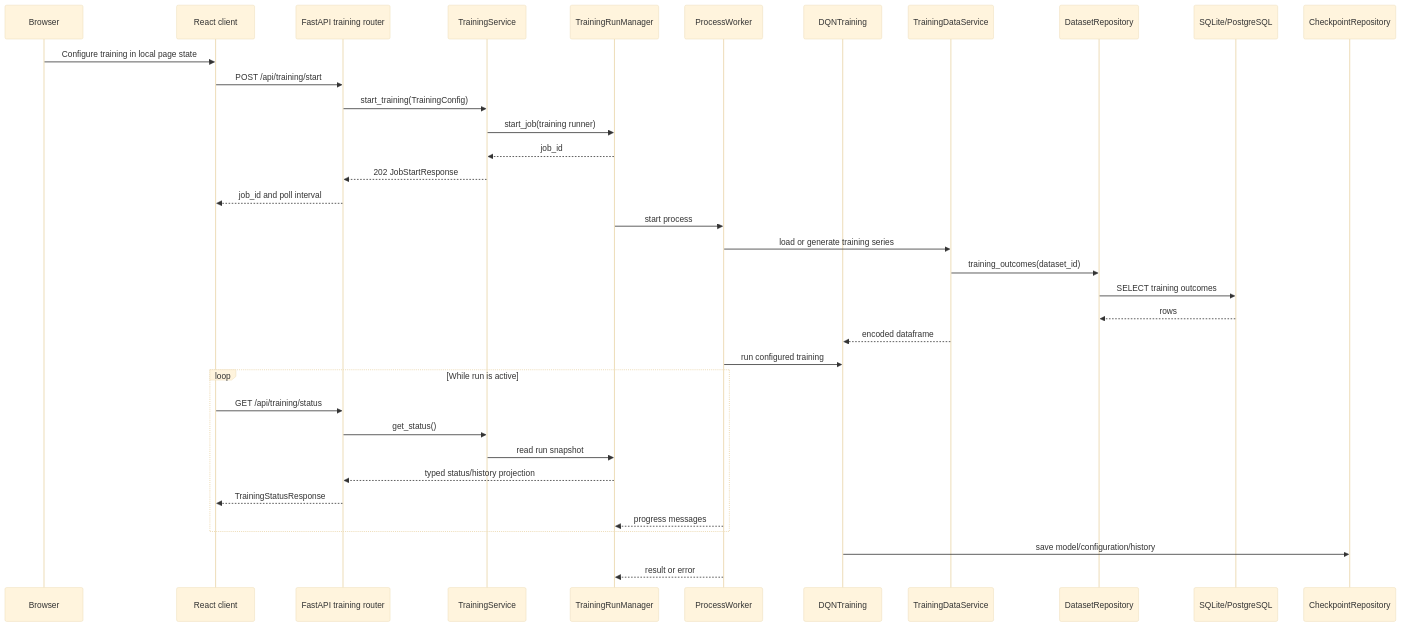
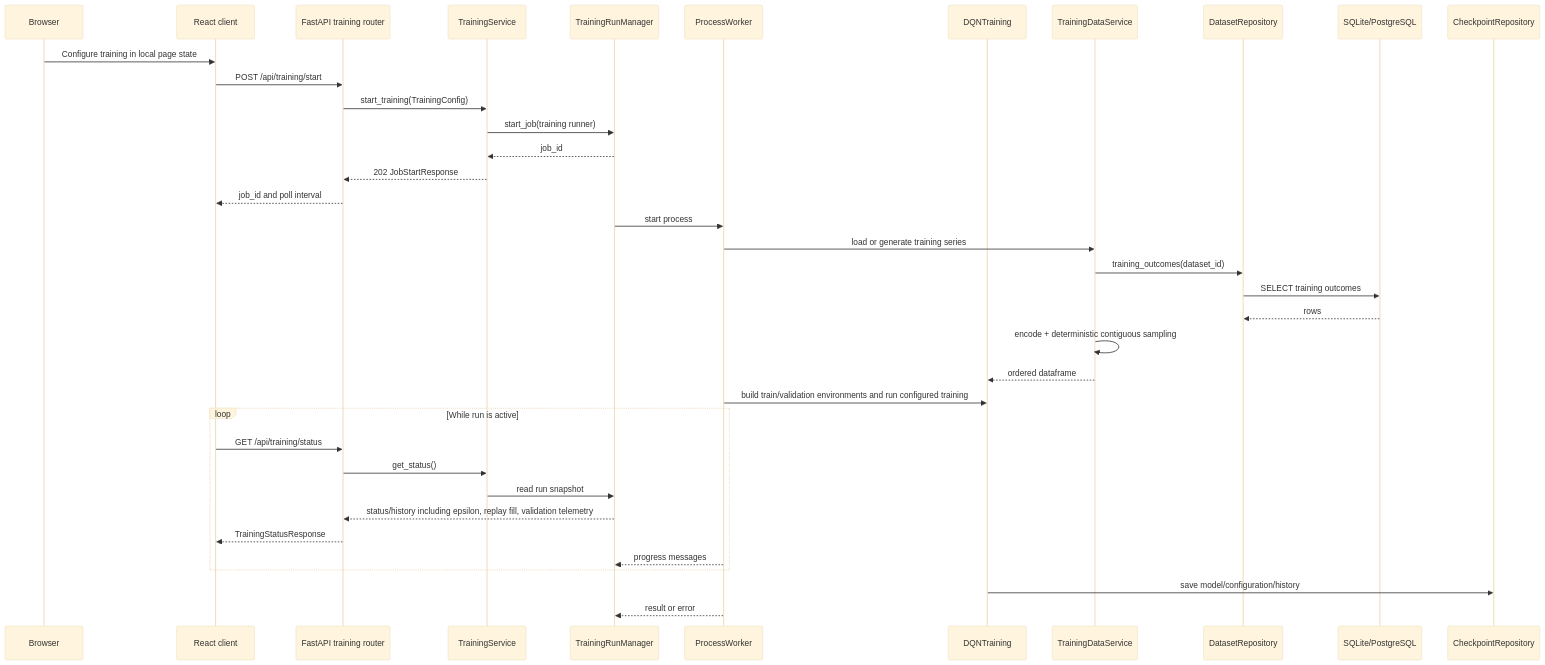
The second of 4 diagrams in assets/docs/architecture/execution_and_data_flow.md (CTCycle/FAIRS-Roulette-Player), drawn with Mermaid (base theme) before and after one commit. The commit also changed other lines of this file, not shown here.

Commit message:
docs: update training and inference data flow

````diff
--- a/assets/docs/architecture/execution_and_data_flow.md
+++ b/assets/docs/architecture/execution_and_data_flow.md
@@ -78,39 +78,40 @@
 ```mermaid
 sequenceDiagram
     participant Browser
     participant Client as React client
     participant API as FastAPI training router
     participant Service as TrainingService
     participant Runs as TrainingRunManager
     participant Worker as ProcessWorker
     participant ML as DQNTraining
     participant Data as TrainingDataService
     participant Dataset as DatasetRepository
     participant DB as SQLite/PostgreSQL
     participant Files as CheckpointRepository
 
     Browser->>Client: Configure training in local page state
     Client->>API: POST /api/training/start
     API->>Service: start_training(TrainingConfig)
     Service->>Runs: start_job(training runner)
     Runs-->>Service: job_id
     Service-->>API: 202 JobStartResponse
     API-->>Client: job_id and poll interval
     Runs->>Worker: start process
     Worker->>Data: load or generate training series
     Data->>Dataset: training_outcomes(dataset_id)
     Dataset->>DB: SELECT training outcomes
     DB-->>Dataset: rows
-    Data-->>ML: encoded dataframe
-    Worker->>ML: run configured training
+    Data->>Data: encode + deterministic contiguous sampling
+    Data-->>ML: ordered dataframe
+    Worker->>ML: build train/validation environments and run configured training
     loop While run is active
         Client->>API: GET /api/training/status
         API->>Service: get_status()
         Service->>Runs: read run snapshot
-        Runs-->>API: typed status/history projection
+        Runs-->>API: status/history including epsilon, replay fill, validation telemetry
         API-->>Client: TrainingStatusResponse
         Worker-->>Runs: progress messages
     end
     ML->>Files: save model/configuration/history
     Worker-->>Runs: result or error
 ```
````
